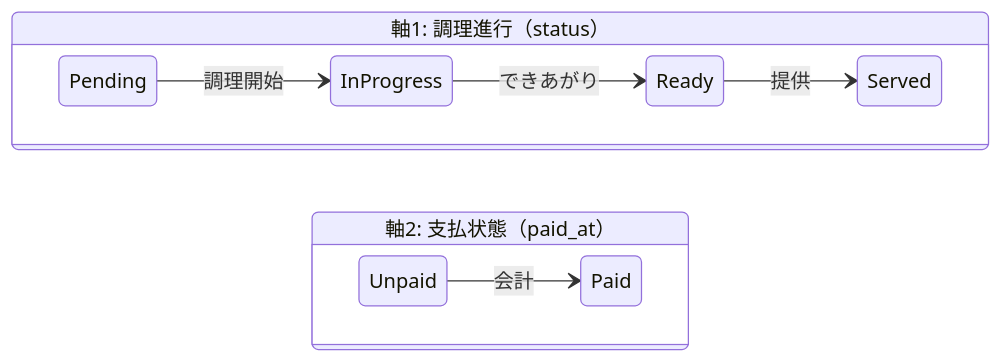
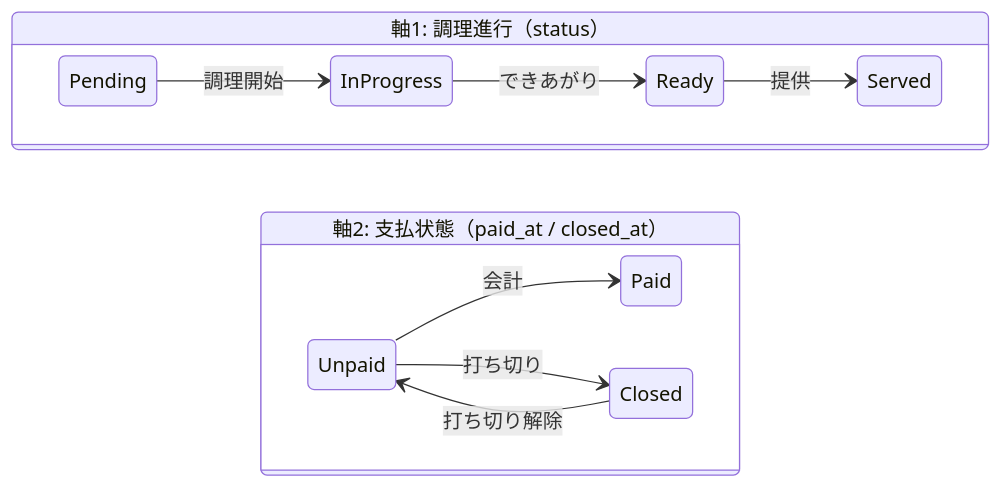
The second of 2 diagrams in README.md (e601201/table_order_app), drawn with Mermaid before and after one commit. The commit also changed other lines of this file, not shown here.

Commit message:
README を実装最新に同期 | 二軸状態図に打ち切り/解除を追加・注文状況（/order/status）と来店境界・商品在庫節を追記・main マージの Kamal 自動デプロイと ADR 範囲（〜0013）を更新

````diff
--- a/README.md
+++ b/README.md
@@ -56,14 +57,16 @@
 ```mermaid
 stateDiagram-v2
     direction LR
     state "軸1: 調理進行（status）" as K {
         direction LR
         Pending --> InProgress: 調理開始
         InProgress --> Ready: できあがり
         Ready --> Served: 提供
     }
-    state "軸2: 支払状態（paid_at）" as P {
+    state "軸2: 支払状態（paid_at / closed_at）" as P {
         direction LR
         Unpaid --> Paid: 会計
+        Unpaid --> Closed: 打ち切り
+        Closed --> Unpaid: 打ち切り解除
     }
 ```
````
